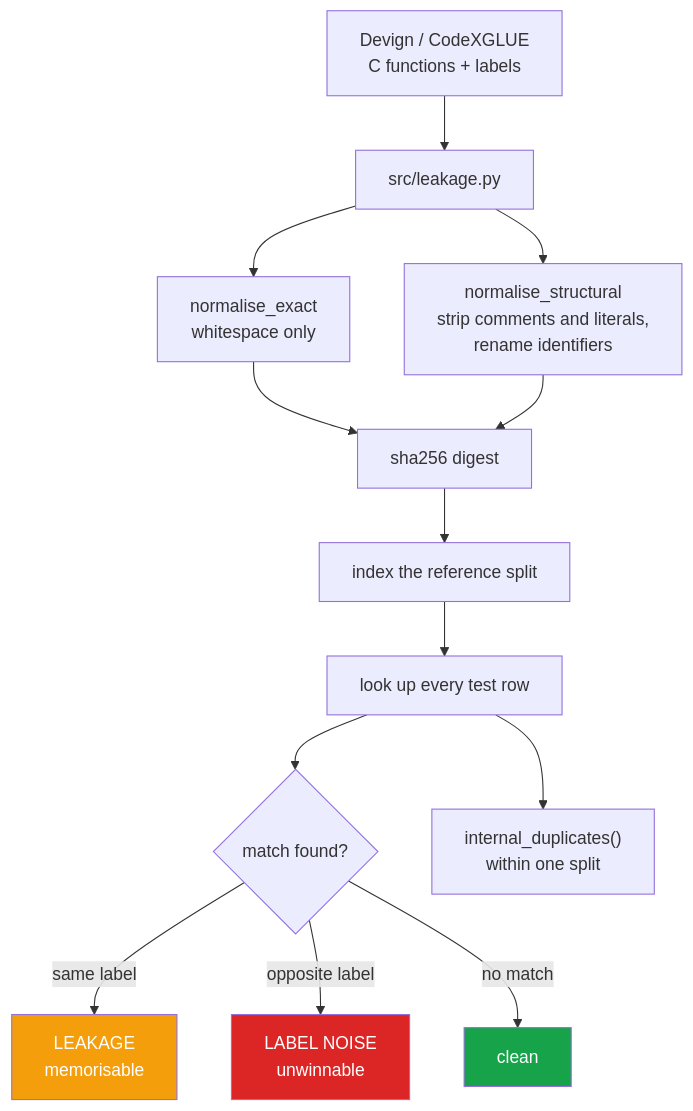
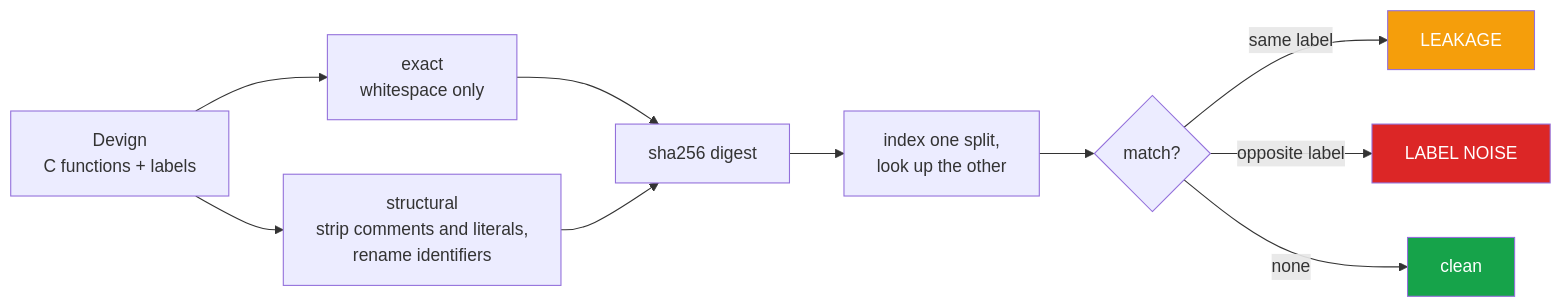
The diagram in README.md (hammas159/devign-leakage), drawn with Mermaid before and after one commit. The commit also changed other lines of this file and 5 other files, not shown here.

````diff
--- a/README.md
+++ b/README.md
@@ -121,18 +73,16 @@
 ```mermaid
-flowchart TD
-    A["Devign / CodeXGLUE<br/>C functions + labels"] --> B["src/leakage.py"]
-    B --> C1["normalise_exact<br/>whitespace only"]
-    B --> C2["normalise_structural<br/>strip comments and literals,<br/>rename identifiers"]
-    C1 --> D["sha256 digest"]
-    C2 --> D
-    D --> E["index the reference split"]
-    E --> F["look up every test row"]
-    F --> G{"match found?"}
-    G -->|"same label"| H["LEAKAGE<br/>memorisable"]
-    G -->|"opposite label"| I["LABEL NOISE<br/>unwinnable"]
-    G -->|"no match"| J["clean"]
-    F --> K["internal_duplicates()<br/>within one split"]
-    style H fill:#f59e0b,color:#fff
-    style I fill:#dc2626,color:#fff
-    style J fill:#16a34a,color:#fff
+flowchart LR
+    A["Devign<br/>C functions + labels"] --> B1["exact<br/>whitespace only"]
+    A --> B2["structural<br/>strip comments and literals,<br/>rename identifiers"]
+    B1 --> C["sha256 digest"]
+    B2 --> C
+    C --> D["index one split,<br/>look up the other"]
+    D --> E{"match?"}
+    E -->|"same label"| F["LEAKAGE"]
+    E -->|"opposite label"| G["LABEL NOISE"]
+    E -->|"none"| H["clean"]
+
+    style F fill:#f59e0b,color:#fff
+    style G fill:#dc2626,color:#fff
+    style H fill:#16a34a,color:#fff
 ```
````
